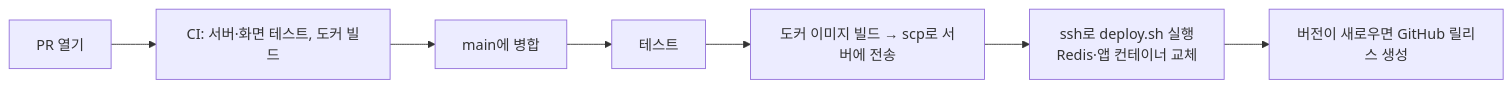
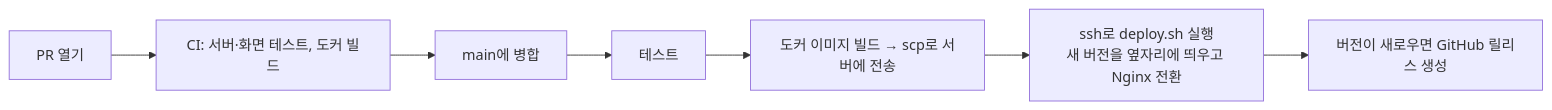
Before and after one commit to my-blog-home/blog-app: the second of 2 diagrams in README.md, drawn with Mermaid. The commit also changed other lines of this file, not shown here.

````diff
--- a/README.md
+++ b/README.md
@@ -215,9 +235,9 @@
 ```mermaid
 flowchart LR
   PR[PR 열기] --> CI[CI: 서버·화면 테스트, 도커 빌드]
   CI --> Merge[main에 병합]
   Merge --> T[테스트]
   T --> D[도커 이미지 빌드 → scp로 서버에 전송]
-  D --> Run[ssh로 deploy.sh 실행<br/>Redis·앱 컨테이너 교체]
+  D --> Run[ssh로 deploy.sh 실행<br/>새 버전을 옆자리에 띄우고 Nginx 전환]
   Run --> Rel[버전이 새로우면 GitHub 릴리스 생성]
 ```
````
